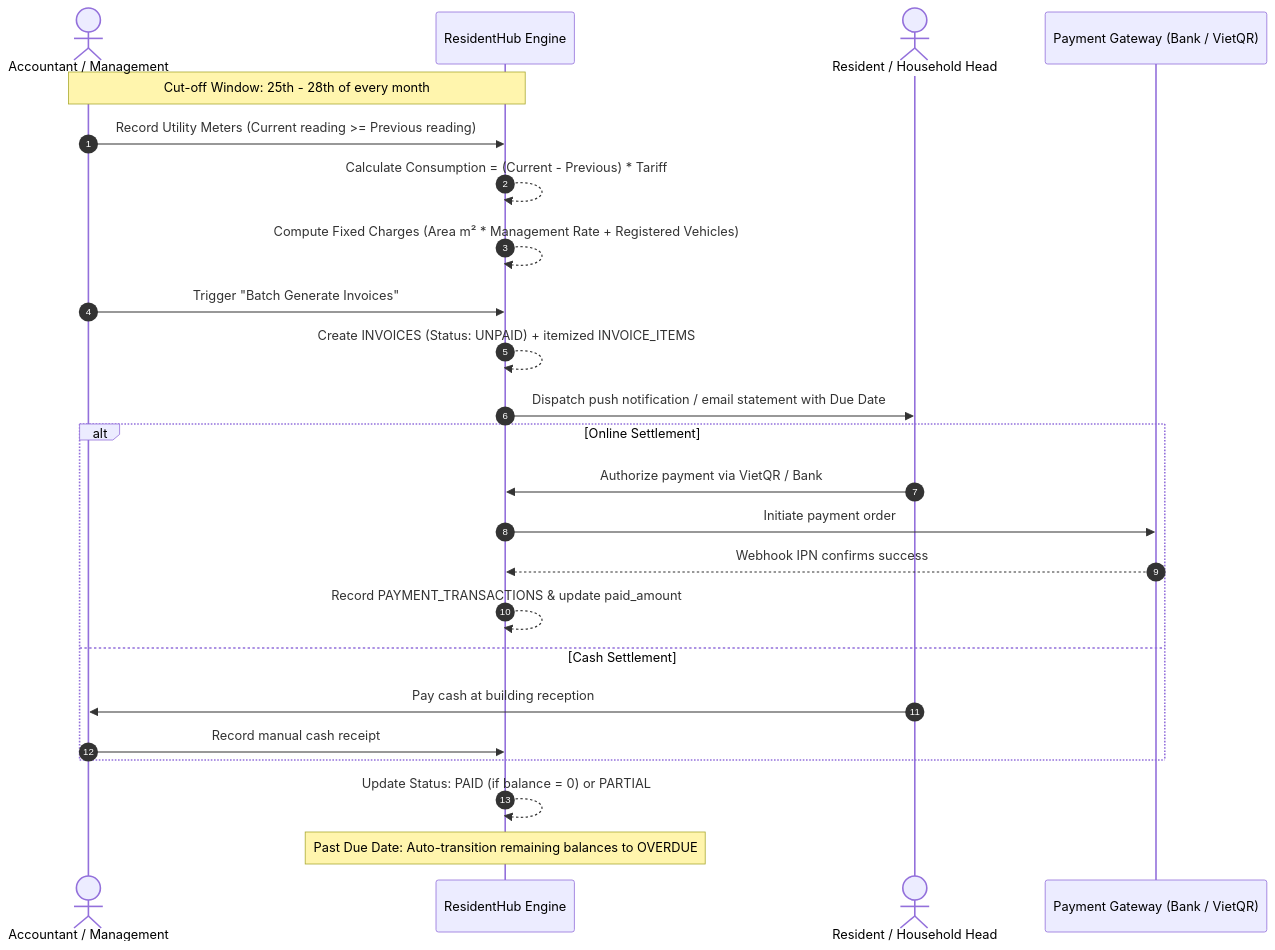
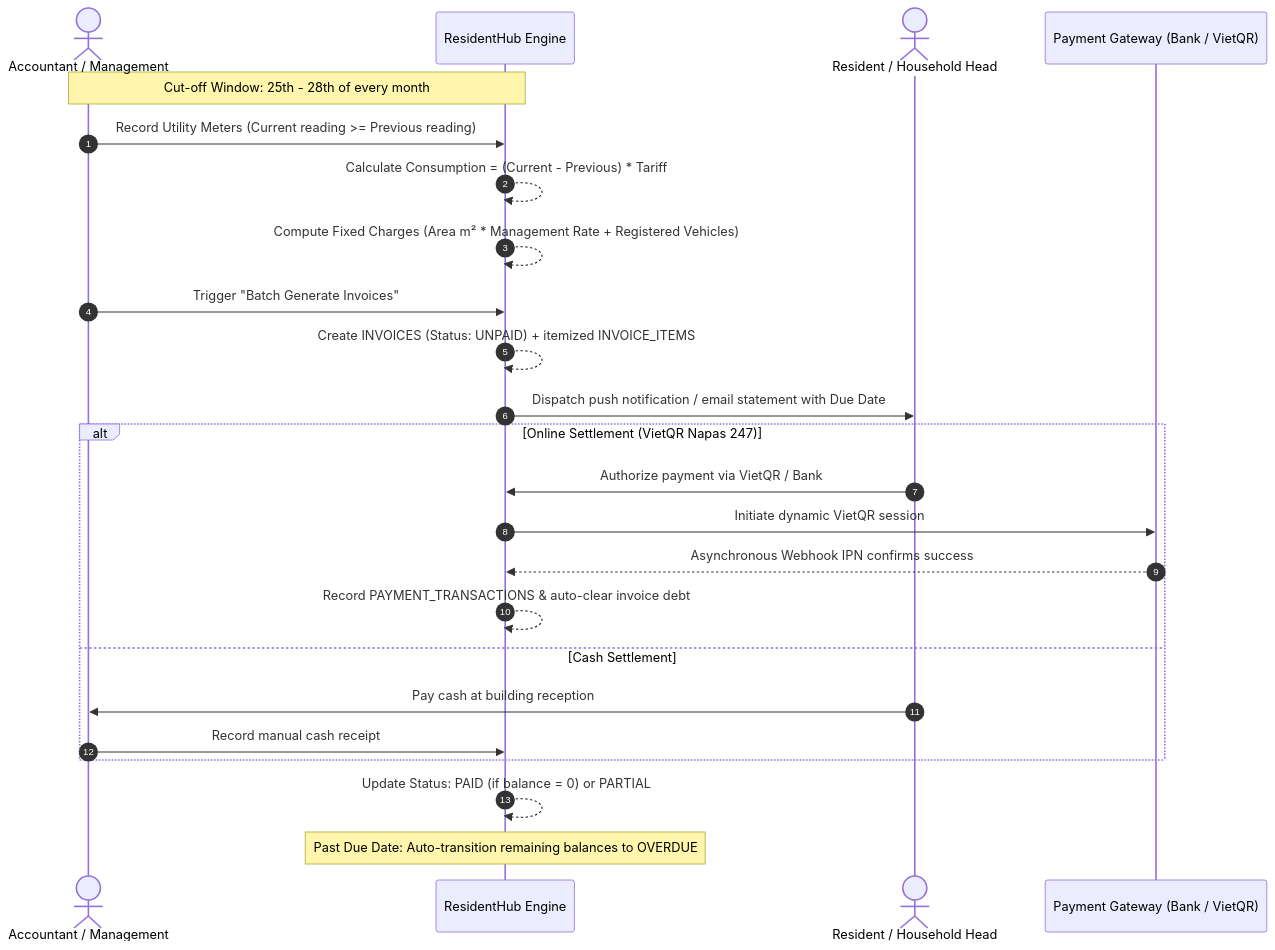
Before and after one commit to QuanAnh280605/NguyenAnhQuan-Household-Management: the second of 5 diagrams in README.md, drawn with Mermaid. The commit also changed other lines of this file and 1 other file, not shown here.

Commit message:
feat: add backend database session configuration and update project documentation

````diff
--- a/README.md
+++ b/README.md
@@ -85,29 +177,29 @@
 ```mermaid
 sequenceDiagram
     autonumber
     actor MGR as Accountant / Management
     participant SYS as ResidentHub Engine
     actor RES as Resident / Household Head
     participant GATEWAY as Payment Gateway (Bank / VietQR)
 
     Note over MGR,SYS: Cut-off Window: 25th - 28th of every month
     MGR->>SYS: Record Utility Meters (Current reading >= Previous reading)
     SYS-->>SYS: Calculate Consumption = (Current - Previous) * Tariff
     SYS-->>SYS: Compute Fixed Charges (Area m² * Management Rate + Registered Vehicles)
     MGR->>SYS: Trigger "Batch Generate Invoices"
     SYS-->>SYS: Create INVOICES (Status: UNPAID) + itemized INVOICE_ITEMS
     SYS->>RES: Dispatch push notification / email statement with Due Date
 
-    alt Online Settlement
+    alt Online Settlement (VietQR Napas 247)
         RES->>SYS: Authorize payment via VietQR / Bank
-        SYS->>GATEWAY: Initiate payment order
-        GATEWAY-->>SYS: Webhook IPN confirms success
-        SYS-->>SYS: Record PAYMENT_TRANSACTIONS & update paid_amount
+        SYS->>GATEWAY: Initiate dynamic VietQR session
+        GATEWAY-->>SYS: Asynchronous Webhook IPN confirms success
+        SYS-->>SYS: Record PAYMENT_TRANSACTIONS & auto-clear invoice debt
     else Cash Settlement
         RES->>MGR: Pay cash at building reception
         MGR->>SYS: Record manual cash receipt
     end
 
     SYS-->>SYS: Update Status: PAID (if balance = 0) or PARTIAL
     Note over SYS: Past Due Date: Auto-transition remaining balances to OVERDUE
 ```
````
